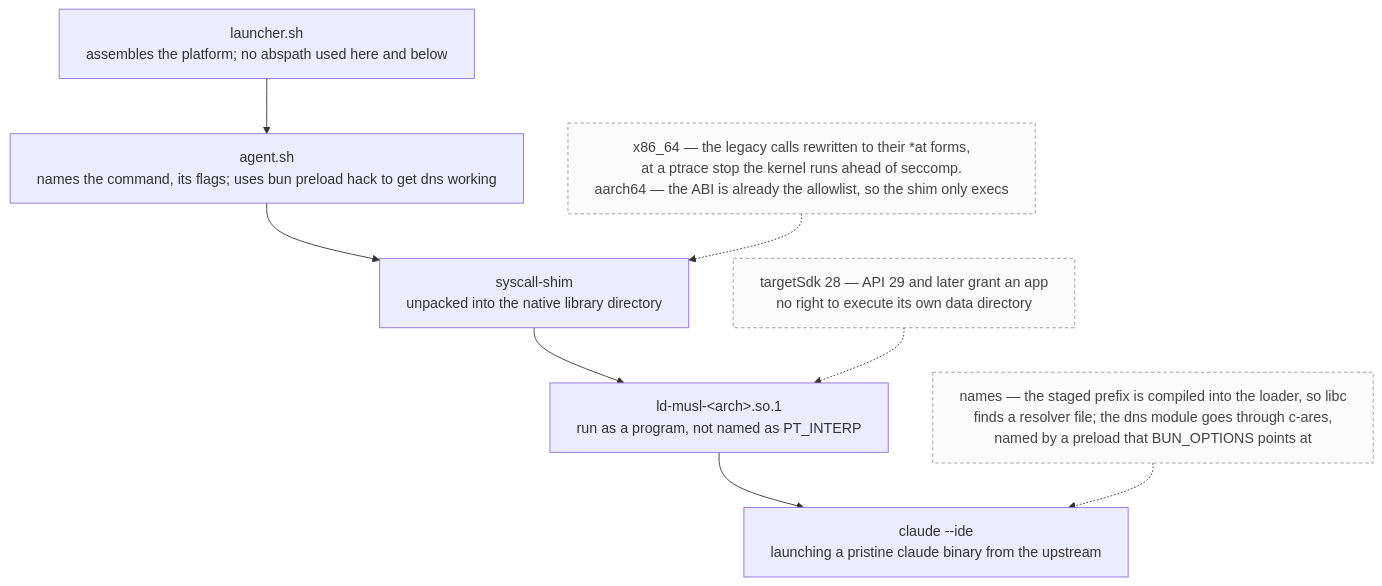
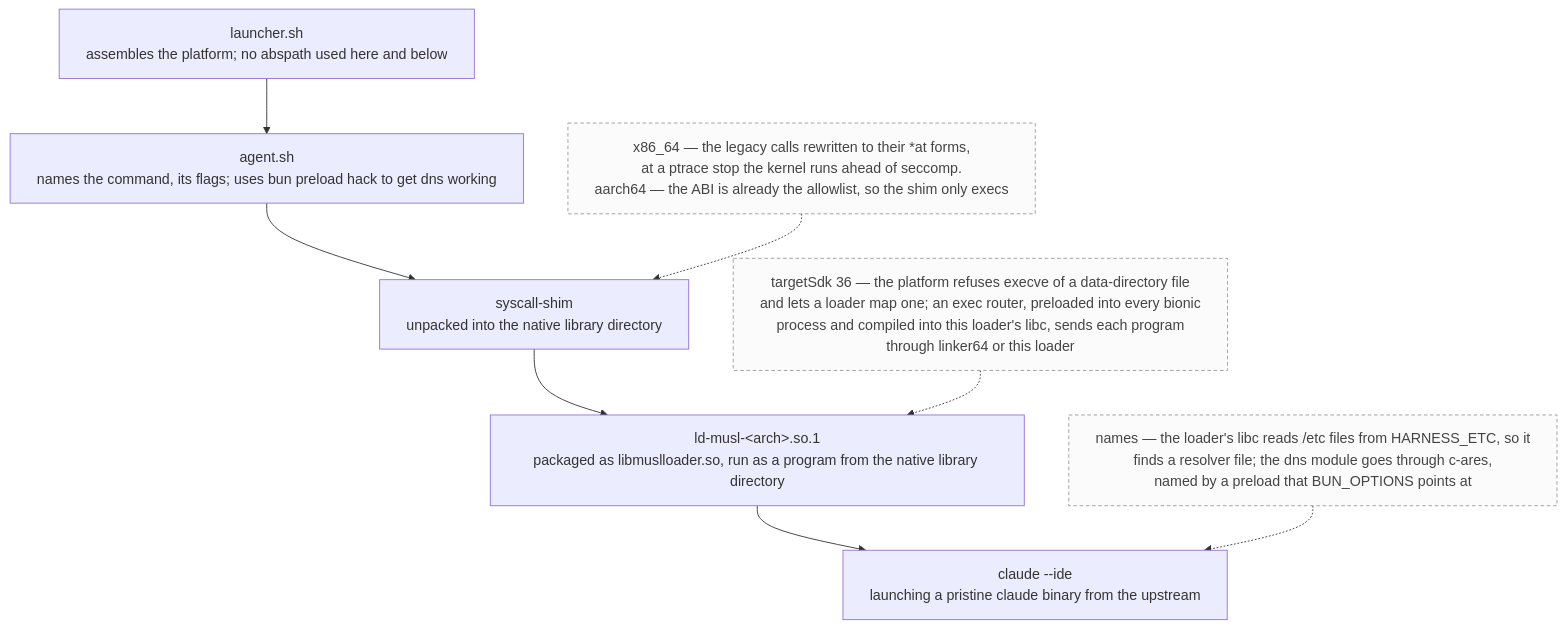
Before and after one commit to nev3rfail/harness.apk: the diagram in README.md, drawn with Mermaid. The commit also changed other lines of this file and 6 other files, not shown here.

First line of the commit message:
Tell the agent how a program starts at the current target

````diff
--- a/README.md
+++ b/README.md
@@ -25,22 +25,22 @@
 ```mermaid
 %%{init: {'flowchart': {'wrappingWidth': 540}}}%%
 flowchart TB
   l["launcher.sh<br/>assembles the platform; no abspath used here and below"]
   a["agent.sh<br/>names the command, its flags; uses bun preload hack to get dns working"]
   s["syscall-shim<br/>unpacked into the native library directory"]
-  ld["ld-musl-&lt;arch&gt;.so.1<br/>run as a program, not named as PT_INTERP"]
+  ld["ld-musl-&lt;arch&gt;.so.1<br/>packaged as libmuslloader.so, run as a program from the native library directory"]
   c["claude --ide<br/>launching a pristine claude binary from the upstream"]
 
   l --> a --> s --> ld --> c
 
-  sdk["targetSdk 28 — API 29 and later grant an app<br/>no right to execute its own data directory"]
+  sdk["targetSdk 36 — the platform refuses execve of a data-directory file<br/>and lets a loader map one; an exec router, preloaded into every bionic<br/>process and compiled into this loader's libc, sends each program<br/>through linker64 or this loader"]
   abi["x86_64 — the legacy calls rewritten to their *at forms,<br/>at a ptrace stop the kernel runs ahead of seccomp.<br/>aarch64 — the ABI is already the allowlist, so the shim only execs"]
-  dns["names — the staged prefix is compiled into the loader, so libc<br/>finds a resolver file; the dns module goes through c-ares,<br/>named by a preload that BUN_OPTIONS points at"]
+  dns["names — the loader's libc reads /etc files from HARNESS_ETC, so it<br/>finds a resolver file; the dns module goes through c-ares,<br/>named by a preload that BUN_OPTIONS points at"]
 
   abi -.-> s
   sdk -.-> ld
   dns -.-> c
 
   classDef note fill:#fbfbfb,stroke:#999,stroke-dasharray:4 3,color:#444
   class sdk,abi,dns note
 ```
````
